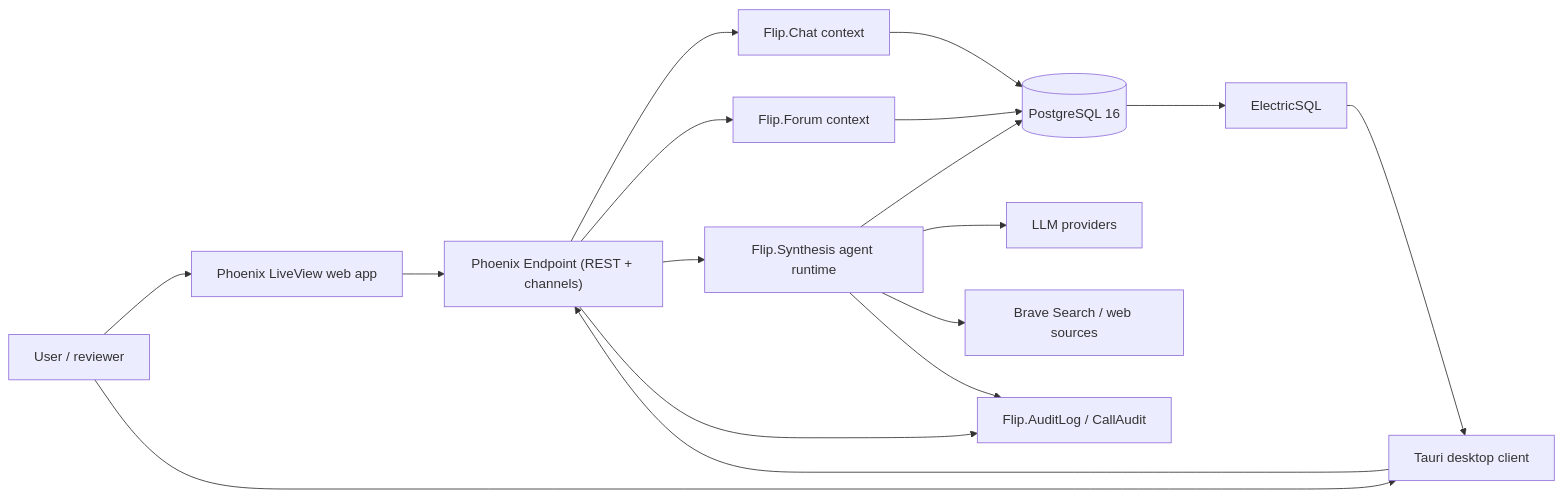
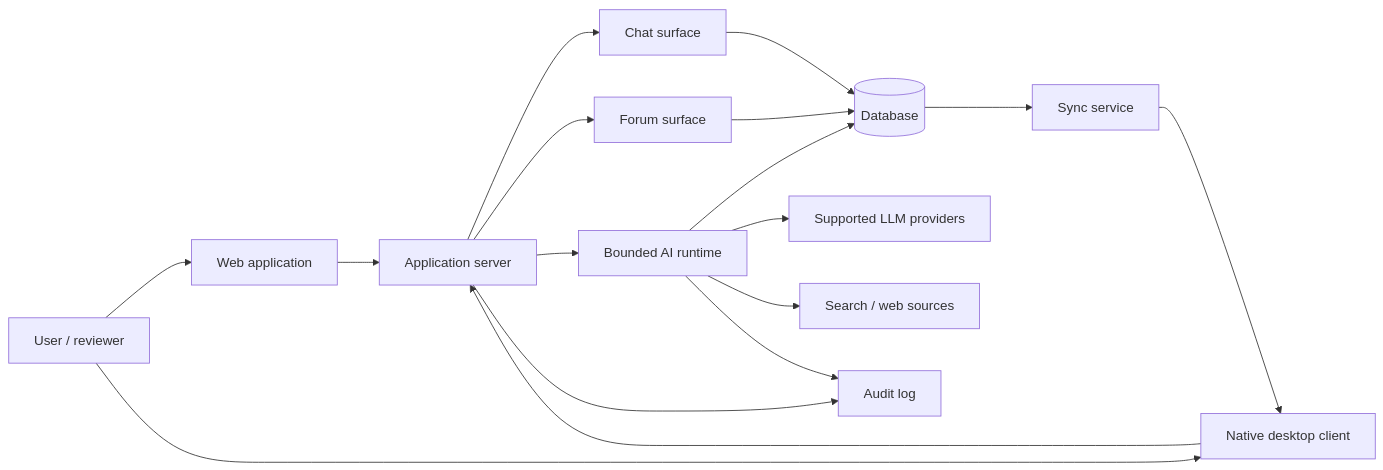
Before and after one commit to wahargis/portfolio: the diagram in flip-technical-overview/diagrams/system-context.mmd, drawn with Mermaid. The commit also changed 53 other files, not shown here.

Commit message:
Public-portfolio audit fixes: conceptual architecture pages, executive summaries, diagrams, and redactions

```diff
--- a/flip-technical-overview/diagrams/system-context.mmd
+++ b/flip-technical-overview/diagrams/system-context.mmd
@@ -1,17 +1,17 @@
 flowchart LR
-    U["User / reviewer"] --> WB["Phoenix LiveView web app"]
-    U --> DC["Tauri desktop client"]
-    WB --> EP["Phoenix Endpoint (REST + channels)"]
-    DC --> EP
-    EP --> CHAT["Flip.Chat context"]
-    EP --> FORUM["Flip.Forum context"]
-    EP --> SYNTH["Flip.Synthesis agent runtime"]
-    CHAT --> DB[("PostgreSQL 16")]
+    U["User / reviewer"] --> WEB["Web application"]
+    U --> DESKTOP["Native desktop client"]
+    WEB --> APP["Application server"]
+    DESKTOP --> APP
+    APP --> CHAT["Chat surface"]
+    APP --> FORUM["Forum surface"]
+    APP --> AI["Bounded AI runtime"]
+    CHAT --> DB[("Database")]
     FORUM --> DB
-    SYNTH --> DB
-    DB --> ELECTRIC["ElectricSQL"]
-    ELECTRIC --> DC
-    SYNTH --> LLM["LLM providers"]
-    SYNTH --> SEARCH["Brave Search / web sources"]
-    EP --> AUDIT["Flip.AuditLog / CallAudit"]
-    SYNTH --> AUDIT
+    AI --> DB
+    DB --> SYNC["Sync service"]
+    SYNC --> DESKTOP
+    AI --> LLM["Supported LLM providers"]
+    AI --> SOURCES["Search / web sources"]
+    APP --> AUDIT["Audit log"]
+    AI --> AUDIT
```
